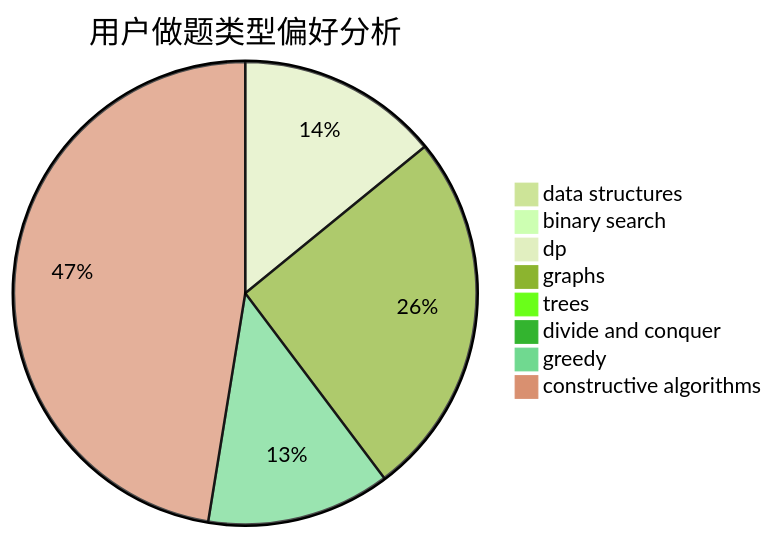
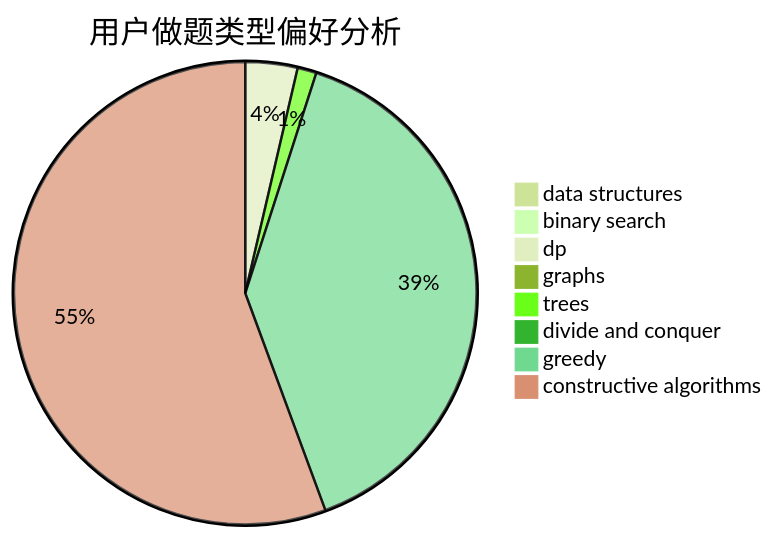
One commit to sherpahu/cfrs.github.io changed the second of 3 diagrams in docs/user/u2663.md. Above: the diagram before and after it, drawn with Mermaid (forest theme). The commit also changed other lines of this file and 2770 other files, not shown here.

````diff
--- a/docs/user/u2663.md
+++ b/docs/user/u2663.md
@@ -23,11 +23,11 @@
 ```mermaid
 pie title 用户做题类型偏好分析
-    "data structures" :  0
+    "data structures" :  3
     "binary search" :  0
     "dp" :  11
-    "graphs" :  20
-    "trees" :  0
+    "graphs" :  3
+    "trees" :  4
     "divide and conquer" :  0
-    "greedy" :  10
-    "constructive algorithms" :  37
+    "greedy" :  119
+    "constructive algorithms" :  168
 ```
````
